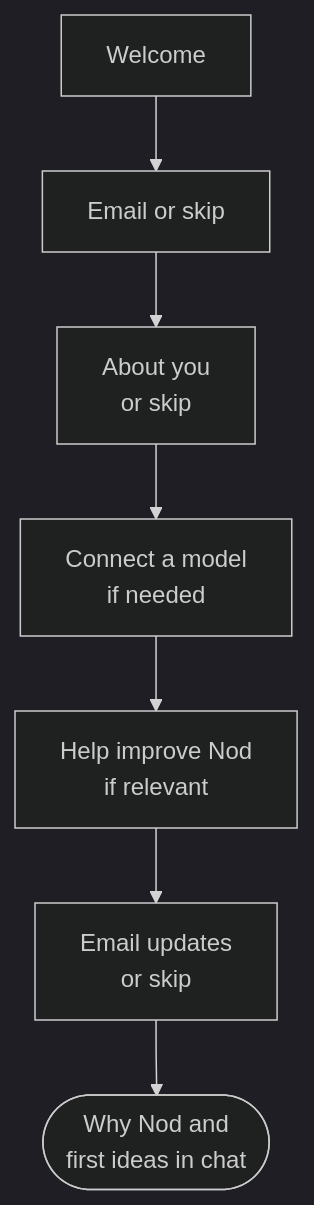
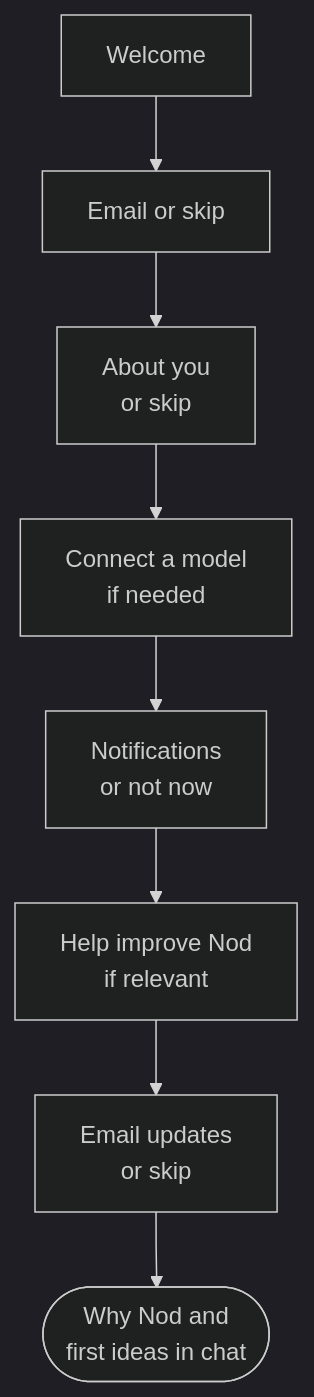
One commit to n8n-io/nod changed the diagram in docs/src/content/docs/get-started/first-conversation.mdx. Above: the diagram before and after it, drawn with Mermaid (dark theme). The commit also changed other lines of this file and 21 other files, not shown here.

First line of the commit message:
feat(onboarding): ask about notifications during setup, not in the first chat

````diff
--- a/docs/src/content/docs/get-started/first-conversation.mdx
+++ b/docs/src/content/docs/get-started/first-conversation.mdx
@@ -18,9 +18,10 @@
 ```mermaid
 flowchart TD
   start[Welcome] --> email[Email or skip]:::muted
   email --> about[About you<br/>or skip]:::muted
   about --> model[Connect a model<br/>if needed]:::accent
-  model --> privacy[Help improve Nod<br/>if relevant]:::muted
+  model --> notify[Notifications<br/>or not now]:::muted
+  notify --> privacy[Help improve Nod<br/>if relevant]:::muted
   privacy --> join[Email updates<br/>or skip]:::muted
   join --> chat([Why Nod and<br/>first ideas in chat]):::go
 ```
````
